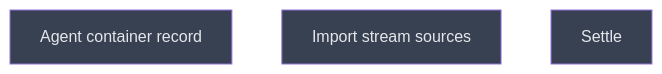
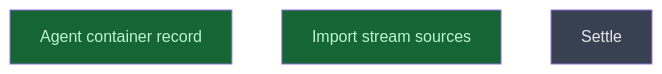
Before and after one commit to CrackingShells/Candler: the diagram in __roadmap__/v1-review-code-gaps/README.md, drawn with Mermaid. The commit also changed other lines of this file, not shown here.

````diff
--- a/__roadmap__/v1-review-code-gaps/README.md
+++ b/__roadmap__/v1-review-code-gaps/README.md
@@ -52,11 +52,11 @@
 ```mermaid
 graph TD
-    agent_container_record[Agent container record]:::planned
-    import_stream_sources[Import stream sources]:::planned
+    agent_container_record[Agent container record]:::done
+    import_stream_sources[Import stream sources]:::done
     settle[Settle]:::planned
     classDef done       fill:#166534,color:#bbf7d0
     classDef inprogress fill:#854d0e,color:#fef08a
     classDef planned    fill:#374151,color:#e5e7eb
     classDef amendment  fill:#1e3a5f,color:#bfdbfe
     classDef blocked    fill:#7f1d1d,color:#fecaca
 ```
````
